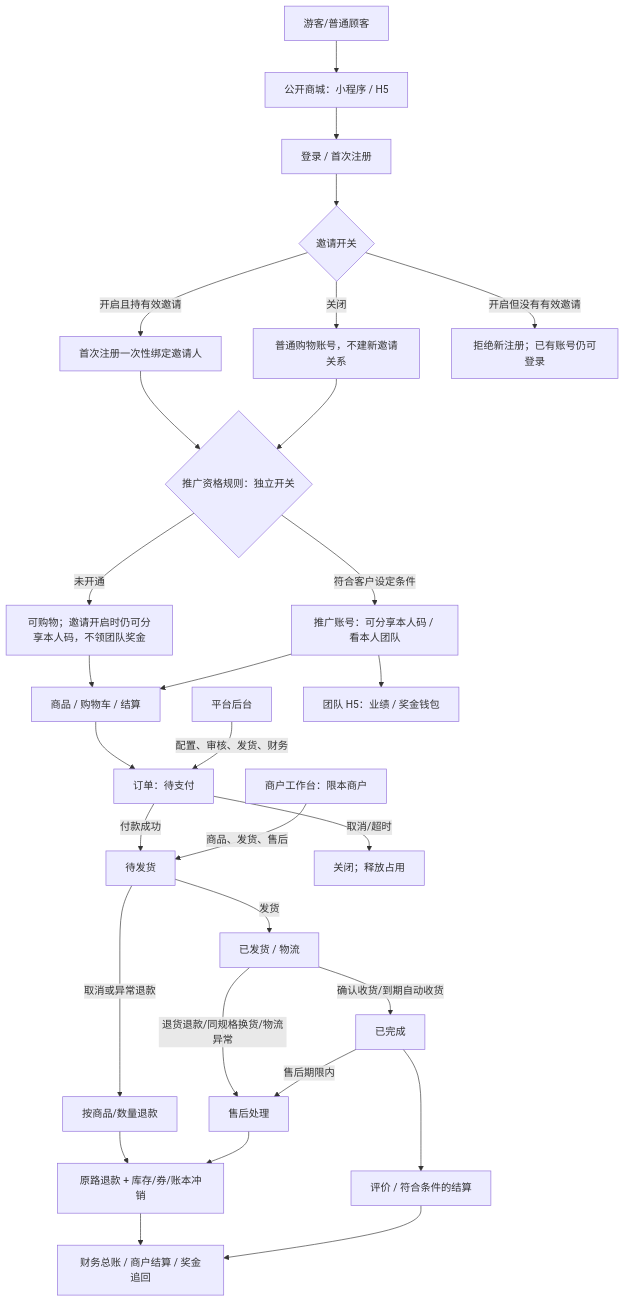
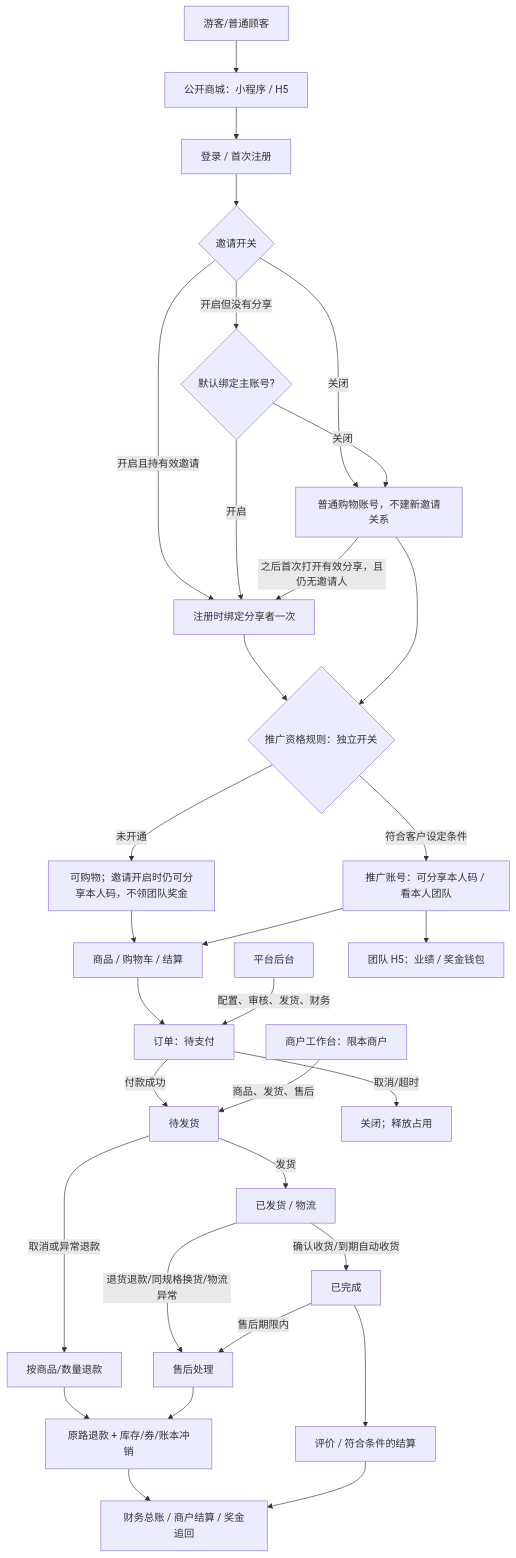
Before and after one commit to lifei3651/mall-swarm: the diagram in document/PRODUCT_CURRENT_MAP.md, drawn with Mermaid. The commit also changed other lines of this file and 44 other files, not shown here.

````diff
--- a/document/PRODUCT_CURRENT_MAP.md
+++ b/document/PRODUCT_CURRENT_MAP.md
@@ -19,31 +21,34 @@
 ```mermaid
 flowchart TB
   C[游客/普通顾客] --> P[公开商城：小程序 / H5]
   P --> L[登录 / 首次注册]
   L --> I{邀请开关}
   I -->|关闭| N[普通购物账号，不建新邀请关系]
-  I -->|开启且持有效邀请| B[首次注册一次性绑定邀请人]
-  I -->|开启但没有有效邀请| Block[拒绝新注册；已有账号仍可登录]
+  I -->|开启且持有效邀请| B[注册时绑定分享者一次]
+  I -->|开启但没有分享| Default{默认绑定主账号?}
+  Default -->|开启| B
+  Default -->|关闭| N
+  N -->|之后首次打开有效分享，且仍无邀请人| B
   B --> Q{推广资格规则：独立开关}
   N --> Q
   Q -->|未开通| T[可购物；邀请开启时仍可分享本人码，不领团队奖金]
   Q -->|符合客户设定条件| V[推广账号：可分享本人码 / 看本人团队]
   T --> G[商品 / 购物车 / 结算]
   V --> G
   G --> O[订单：待支付]
   O -->|付款成功| F[待发货]
   O -->|取消/超时| X[关闭；释放占用]
   F -->|发货| S[已发货 / 物流]
   F -->|取消或异常退款| R[按商品/数量退款]
   S -->|确认收货/到期自动收货| D[已完成]
   S -->|退货退款/同规格换货/物流异常| A[售后处理]
   D -->|售后期限内| A
   R --> Z[原路退款 + 库存/券/账本冲销]
   A --> Z
   D --> Y[评价 / 符合条件的结算]
   Z --> W[财务总账 / 商户结算 / 奖金追回]
   Y --> W
   OP[平台后台] -->|配置、审核、发货、财务| O
   M[商户工作台：限本商户] -->|商品、发货、售后| F
   V --> H[团队 H5：业绩 / 奖金钱包]
 ```
````
